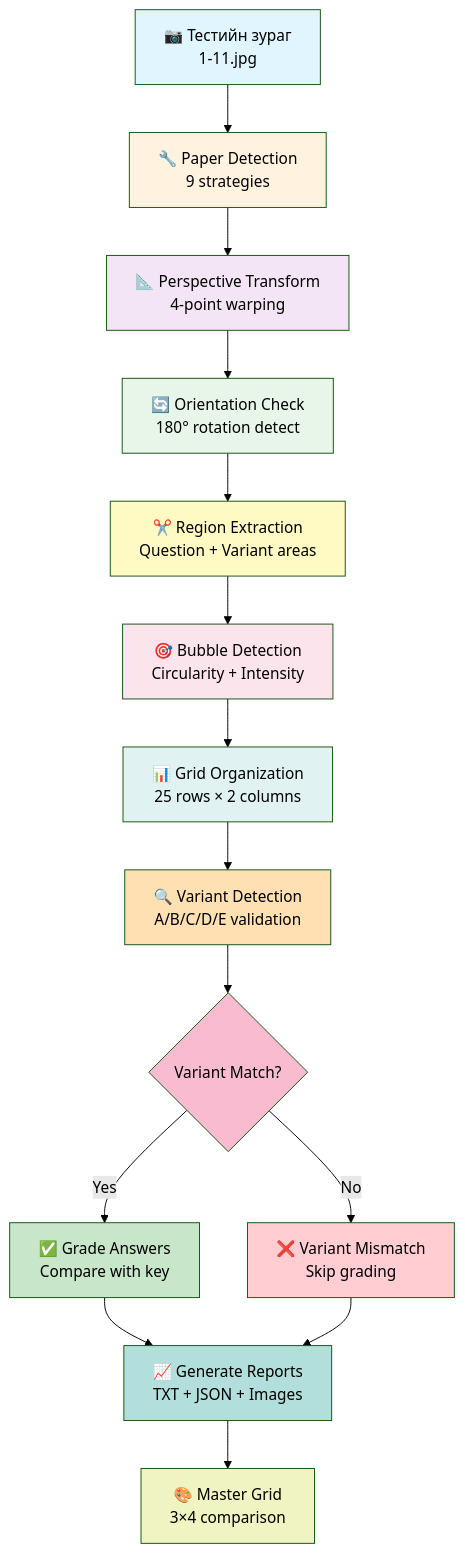
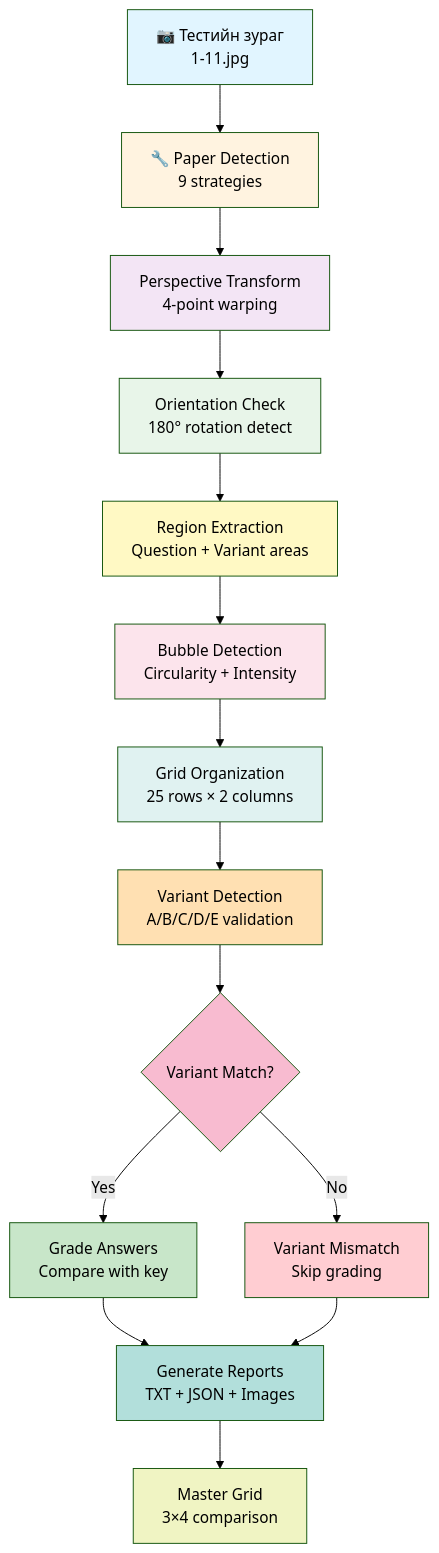
The diagram in README.md (iamurhope/OMR_Based_Automated_Exam_Grading_System), drawn with Mermaid (forest theme) before and after one commit. The commit also changed other lines of this file, not shown here.

````diff
--- a/README.md
+++ b/README.md
@@ -67,30 +67,30 @@
 ```mermaid
 graph TB
     A[📷 Тестийн зураг<br/>1-11.jpg] --> B[🔧 Paper Detection<br/>9 strategies]
-    B --> C[📐 Perspective Transform<br/>4-point warping]
-    C --> D[🔄 Orientation Check<br/>180° rotation detect]
-    D --> E[✂️ Region Extraction<br/>Question + Variant areas]
-    E --> F[🎯 Bubble Detection<br/>Circularity + Intensity]
-    F --> G[📊 Grid Organization<br/>25 rows × 2 columns]
-    G --> H[🔍 Variant Detection<br/>A/B/C/D/E validation]
+    B --> C[Perspective Transform<br/>4-point warping]
+    C --> D[Orientation Check<br/>180° rotation detect]
+    D --> E[Region Extraction<br/>Question + Variant areas]
+    E --> F[Bubble Detection<br/>Circularity + Intensity]
+    F --> G[Grid Organization<br/>25 rows × 2 columns]
+    G --> H[Variant Detection<br/>A/B/C/D/E validation]
     H --> I{Variant Match?}
-    I -->|Yes| J[✅ Grade Answers<br/>Compare with key]
-    I -->|No| K[❌ Variant Mismatch<br/>Skip grading]
-    J --> L[📈 Generate Reports<br/>TXT + JSON + Images]
+    I -->|Yes| J[Grade Answers<br/>Compare with key]
+    I -->|No| K[Variant Mismatch<br/>Skip grading]
+    J --> L[Generate Reports<br/>TXT + JSON + Images]
     K --> L
-    L --> M[🎨 Master Grid<br/>3×4 comparison]
+    L --> M[Master Grid<br/>3×4 comparison]
     
     style A fill:#e1f5ff
     style B fill:#fff3e0
     style C fill:#f3e5f5
     style D fill:#e8f5e9
     style E fill:#fff9c4
     style F fill:#fce4ec
     style G fill:#e0f2f1
     style H fill:#ffe0b2
     style I fill:#f8bbd0
     style J fill:#c8e6c9
     style K fill:#ffcdd2
     style L fill:#b2dfdb
     style M fill:#f0f4c3
 ```
````
